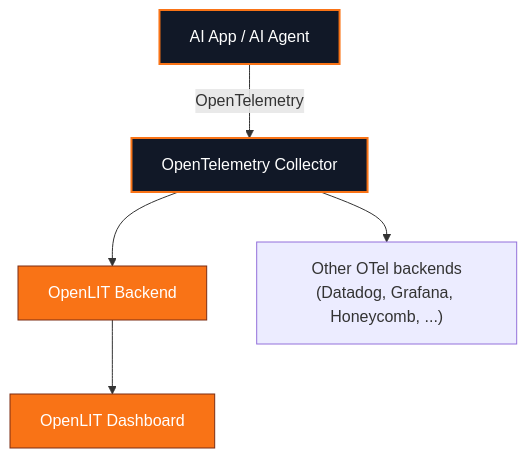
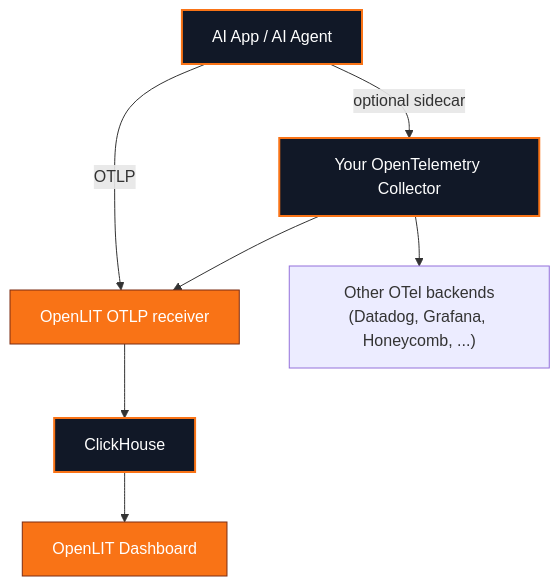
Before and after one commit to openlit/openlit: the fourth of 6 diagrams in README.md, drawn with Mermaid. The commit also changed other lines of this file and 126 other files, not shown here.

Commit message:
feat: replace bundled OTel collector with a first-party OTLP receiver (#1588)

````diff
--- a/README.md
+++ b/README.md
@@ -357,12 +357,15 @@
 ```mermaid
 flowchart TD
-    A["AI App / AI Agent"] -->|OpenTelemetry| C[OpenTelemetry Collector]
-    C --> B[OpenLIT Backend]
+    A["AI App / AI Agent"] -->|OTLP| R[OpenLIT OTLP receiver]
+    A -->|optional sidecar| C[Your OpenTelemetry Collector]
+    C --> R
     C --> O["Other OTel backends<br/>(Datadog, Grafana, Honeycomb, ...)"]
+    R --> B[ClickHouse]
     B --> D[OpenLIT Dashboard]
 
     style A fill:#111827,stroke:#F97316,stroke-width:2px,color:#fff
+    style R fill:#F97316,stroke:#7C2D12,color:#fff
     style C fill:#111827,stroke:#F97316,stroke-width:2px,color:#fff
-    style B fill:#F97316,stroke:#7C2D12,color:#fff
+    style B fill:#111827,stroke:#F97316,stroke-width:2px,color:#fff
     style D fill:#F97316,stroke:#7C2D12,color:#fff
 ```
````
